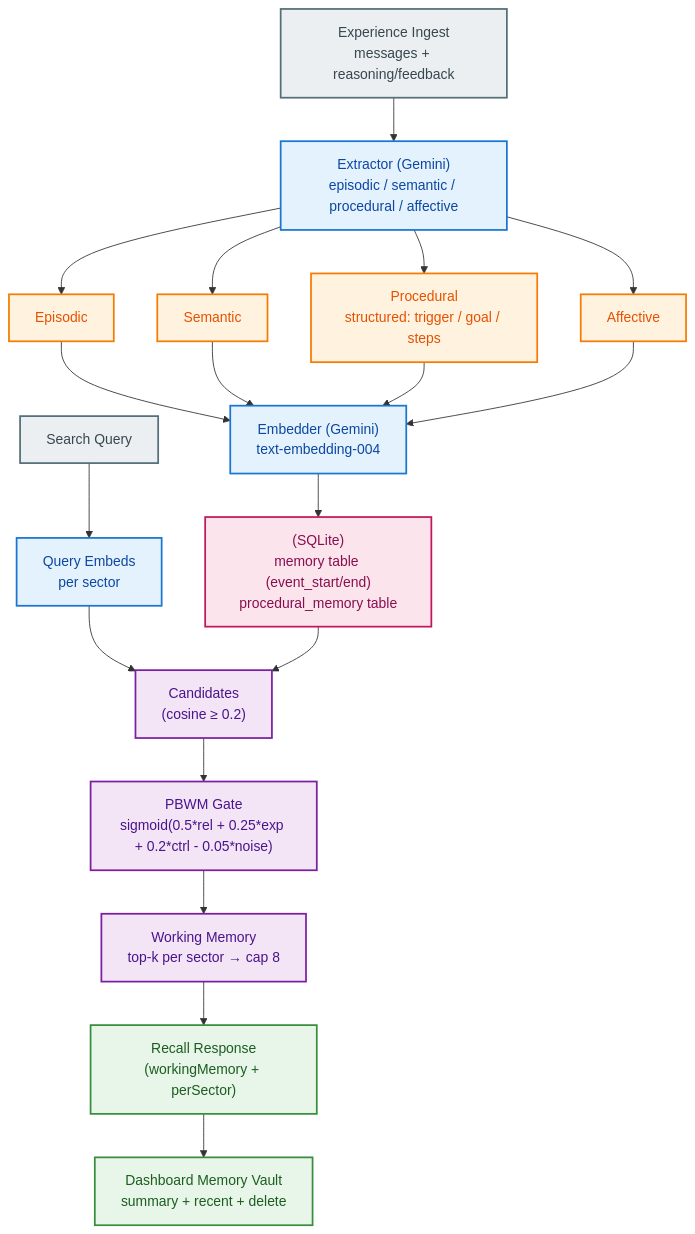
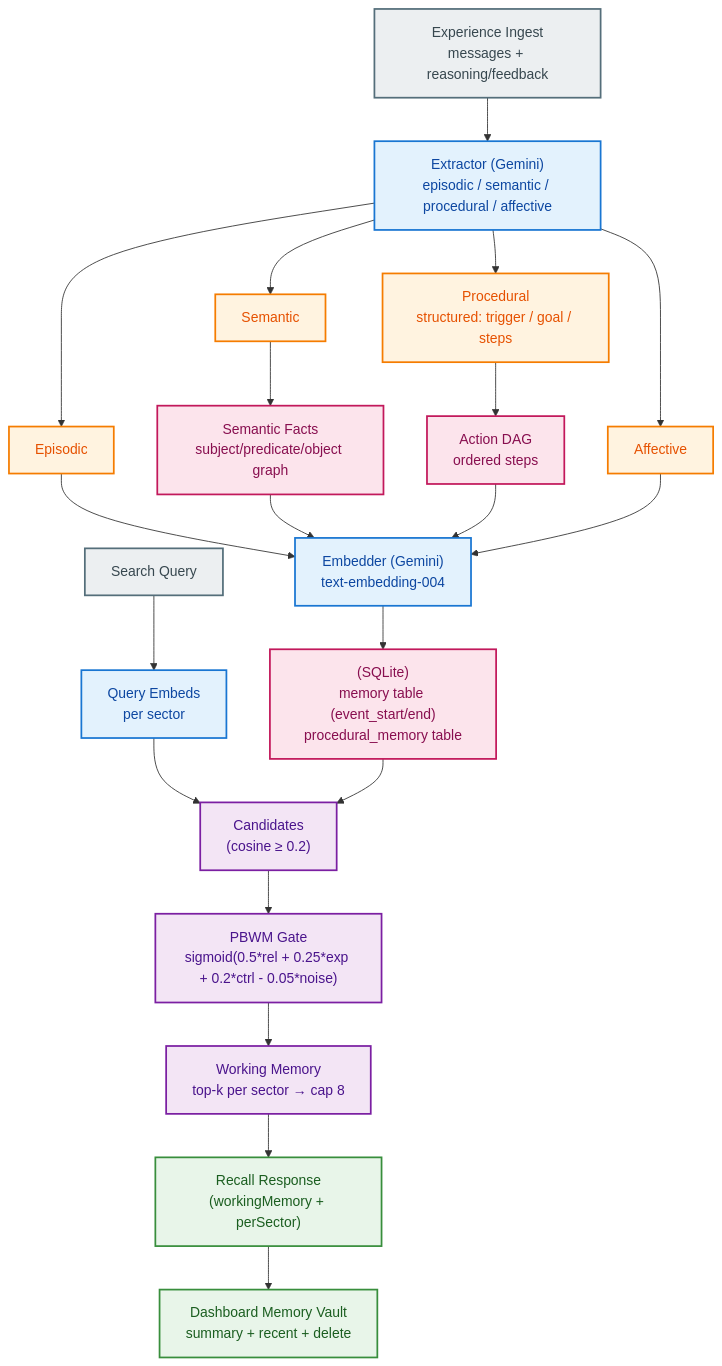
The diagram in memory/README.md (ekailabs/ekai-gateway), drawn with Mermaid before and after one commit. The commit also changed other lines of this file and 10 other files, not shown here.

Commit message:
feat(memory): structure semantic memory as a graph and add graph UI

````diff
--- a/memory/README.md
+++ b/memory/README.md
@@ -73,48 +74,52 @@
 ```mermaid
 graph TB
   classDef inputStyle fill:#eceff1,stroke:#546e7a,stroke-width:2px,color:#37474f
   classDef processStyle fill:#e3f2fd,stroke:#1976d2,stroke-width:2px,color:#0d47a1
   classDef sectorStyle fill:#fff3e0,stroke:#f57c00,stroke-width:2px,color:#e65100
   classDef storageStyle fill:#fce4ec,stroke:#c2185b,stroke-width:2px,color:#880e4f
   classDef engineStyle fill:#f3e5f5,stroke:#7b1fa2,stroke-width:2px,color:#4a148c
   classDef outputStyle fill:#e8f5e9,stroke:#388e3c,stroke-width:2px,color:#1b5e20
 
   EXP["Experience Ingest<br>messages + reasoning/feedback"]:::inputStyle
   EXTRACT["Extractor (Gemini)<br>episodic / semantic / procedural / affective"]:::processStyle
 
   EPISODIC["Episodic"]:::sectorStyle
   SEMANTIC["Semantic"]:::sectorStyle
   PROCEDURAL["Procedural<br>structured: trigger / goal / steps"]:::sectorStyle
   AFFECTIVE["Affective"]:::sectorStyle
 
   EMBED["Embedder (Gemini)<br>text-embedding-004"]:::processStyle
 
   STORE["(SQLite)<br>memory table (event_start/end)<br>procedural_memory table"]:::storageStyle
+  FACTGRAPH["Semantic Facts<br>subject/predicate/object graph"]:::storageStyle
+  STEPGRAPH["Action DAG<br>ordered steps"]:::storageStyle
 
   QUERY["Search Query"]:::inputStyle
   QEMBED["Query Embeds<br>per sector"]:::processStyle
   CANDIDATES["Candidates<br>(cosine ≥ 0.2)"]:::engineStyle
   PBWM["PBWM Gate<br>sigmoid(0.5*rel + 0.25*exp + 0.2*ctrl - 0.05*noise)"]:::engineStyle
   WM["Working Memory<br>top-k per sector → cap 8"]:::engineStyle
 
   OUTPUT["Recall Response<br>(workingMemory + perSector)"]:::outputStyle
   UI["Dashboard Memory Vault<br>summary + recent + delete"]:::outputStyle
 
   EXP --> EXTRACT
   EXTRACT --> EPISODIC
   EXTRACT --> SEMANTIC
   EXTRACT --> PROCEDURAL
   EXTRACT --> AFFECTIVE
 
   EPISODIC --> EMBED
-  SEMANTIC --> EMBED
-  PROCEDURAL --> EMBED
+  SEMANTIC --> FACTGRAPH
+  FACTGRAPH --> EMBED
+  PROCEDURAL --> STEPGRAPH
+  STEPGRAPH --> EMBED
   AFFECTIVE --> EMBED
 
   EMBED --> STORE
 
   QUERY --> QEMBED --> CANDIDATES --> PBWM --> WM --> OUTPUT
   STORE --> CANDIDATES
 
   OUTPUT --> UI
 ```
````
